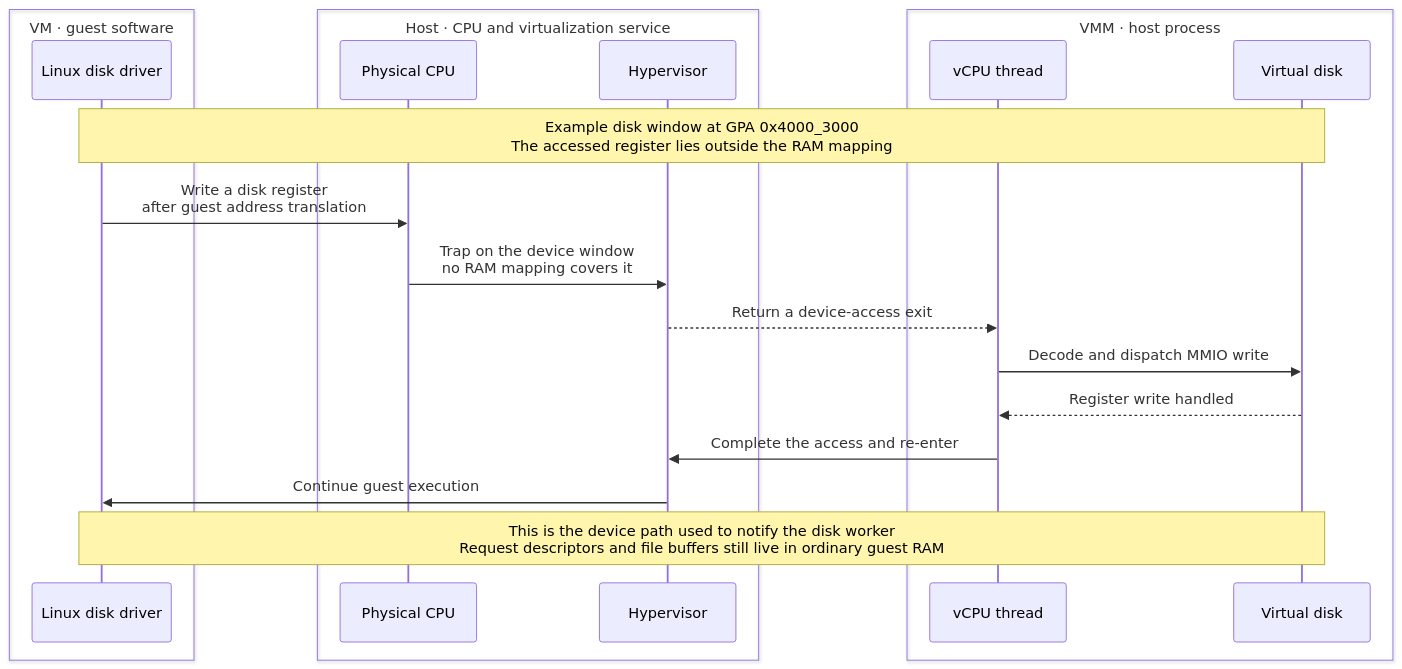
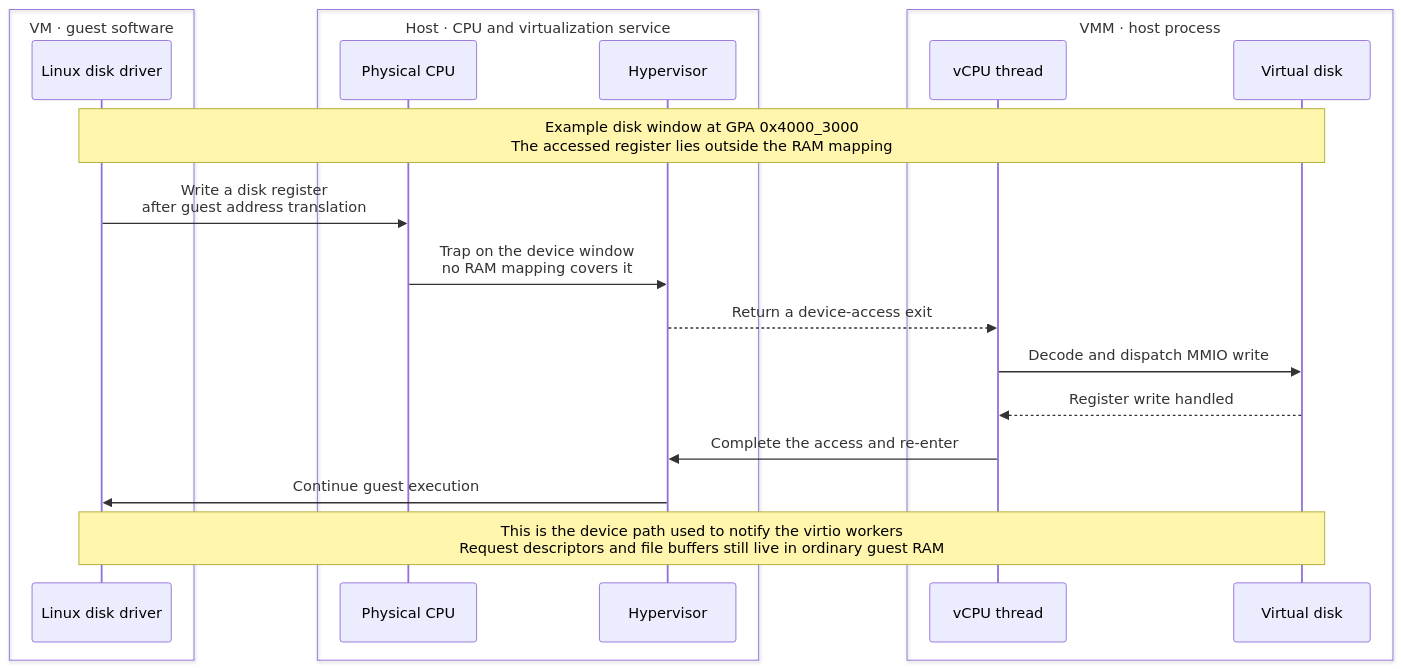
One commit to boxlite-ai/boxlite changed the fifth of 9 diagrams in docs/contributing/architecture/vmm/memory.md. Above: the diagram before and after it, drawn with Mermaid. The commit also changed other lines of this file and 21 other files, not shown here.

First line of the commit message:
feat(vmm): add the virtio workers

````diff
--- a/docs/contributing/architecture/vmm/memory.md
+++ b/docs/contributing/architecture/vmm/memory.md
@@ -193,30 +193,30 @@
 ```mermaid
 sequenceDiagram
   box VM · guest software
     participant kernel as Linux disk driver
   end
   box Host · CPU and virtualization service
     participant cpu as Physical CPU
     participant host_api as Hypervisor
   end
   box VMM · host process
     participant thread0 as vCPU thread
     participant disk as Virtual disk
   end
   Note over kernel,disk: Example disk window at GPA 0x4000_3000<br/>The accessed register lies outside the RAM mapping
   %% edge:memory_6_e1
   kernel->>cpu: Write a disk register<br/>after guest address translation
   %% edge:memory_6_e2
   cpu->>host_api: Trap on the device window<br/>no RAM mapping covers it
   %% edge:memory_6_e3
   host_api-->>thread0: Return a device-access exit
   %% edge:memory_6_e4
   thread0->>disk: Decode and dispatch MMIO write
   %% edge:memory_6_e5
   disk-->>thread0: Register write handled
   %% edge:memory_6_e6
   thread0->>host_api: Complete the access and re-enter
   %% edge:memory_6_e7
   host_api->>kernel: Continue guest execution
-  Note over kernel,disk: This is the device path used to notify the disk worker<br/>Request descriptors and file buffers still live in ordinary guest RAM
+  Note over kernel,disk: This is the device path used to notify the virtio workers<br/>Request descriptors and file buffers still live in ordinary guest RAM
 ```
````
